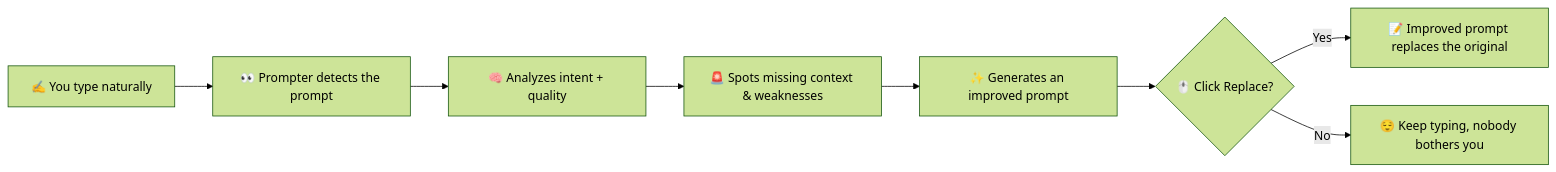
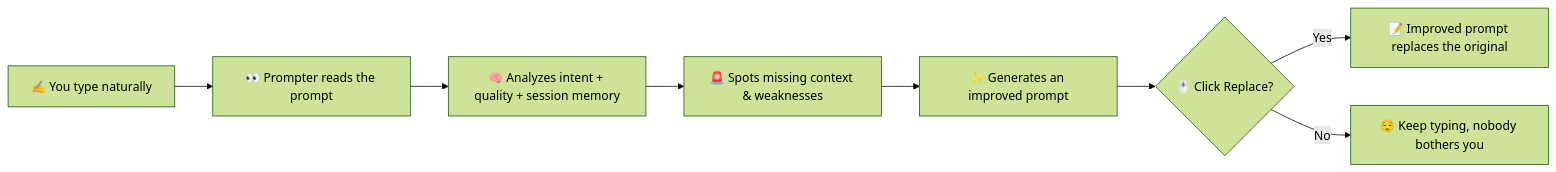
The first of 2 diagrams in README.md (Anush-Kashyap/Prompter), drawn with Mermaid (forest theme) before and after one commit. The commit also changed other lines of this file and 9 other files, not shown here.

````diff
--- a/README.md
+++ b/README.md
@@ -30,10 +30,10 @@
 ```mermaid
 flowchart LR
-    A[✍️ You type naturally] --> B[👀 Prompter detects the prompt]
-    B --> C[🧠 Analyzes intent + quality]
+    A[✍️ You type naturally] --> B[👀 Prompter reads the prompt]
+    B --> C[🧠 Analyzes intent + quality + session memory]
     C --> D[🚨 Spots missing context & weaknesses]
     D --> E[✨ Generates an improved prompt]
     E --> F{🖱️ Click Replace?}
     F -- Yes --> G[📝 Improved prompt replaces the original]
     F -- No --> H[😌 Keep typing, nobody bothers you]
 ```
````
